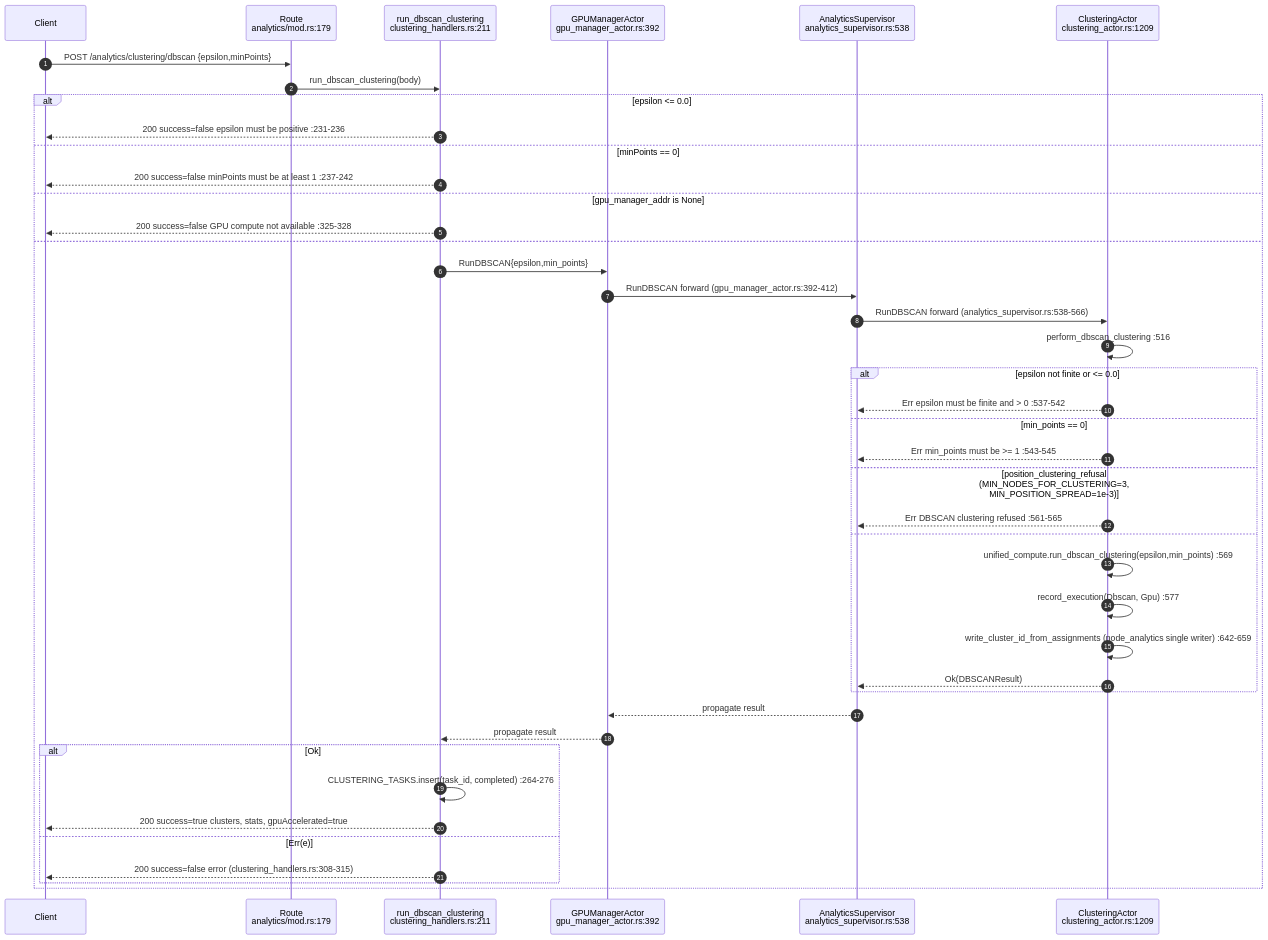
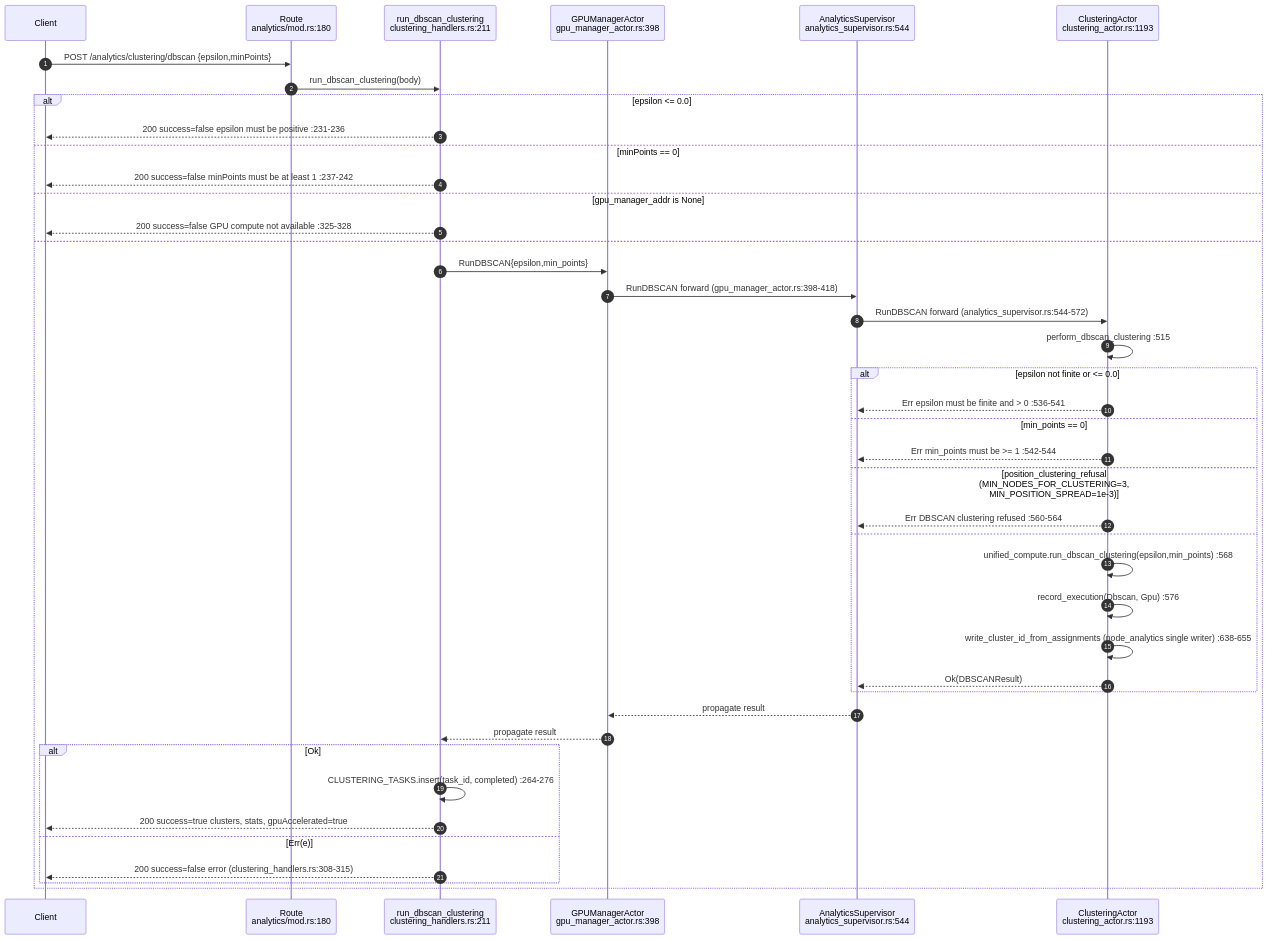
One commit to DreamLab-AI/VisionFlow changed the second of 12 diagrams in docs/diagrams/visionclaw/15-gpu-analytics.md. Above: the diagram before and after it, drawn with Mermaid. The commit also changed other lines of this file and 160 other files, not shown here.

````diff
--- a/docs/diagrams/visionclaw/15-gpu-analytics.md
+++ b/docs/diagrams/visionclaw/15-gpu-analytics.md
@@ -111,45 +111,45 @@
 ```mermaid
 sequenceDiagram
     autonumber
     participant C as Client
-    participant RT as Route<br/>analytics/mod.rs:179
+    participant RT as Route<br/>analytics/mod.rs:180
     participant RD as run_dbscan_clustering<br/>clustering_handlers.rs:211
-    participant GM as GPUManagerActor<br/>gpu_manager_actor.rs:392
-    participant AS as AnalyticsSupervisor<br/>analytics_supervisor.rs:538
-    participant CA as ClusteringActor<br/>clustering_actor.rs:1209
+    participant GM as GPUManagerActor<br/>gpu_manager_actor.rs:398
+    participant AS as AnalyticsSupervisor<br/>analytics_supervisor.rs:544
+    participant CA as ClusteringActor<br/>clustering_actor.rs:1193
 
     C->>RT: POST /analytics/clustering/dbscan {epsilon,minPoints}
     RT->>RD: run_dbscan_clustering(body)
     alt epsilon <= 0.0
         RD-->>C: 200 success=false epsilon must be positive :231-236
     else minPoints == 0
         RD-->>C: 200 success=false minPoints must be at least 1 :237-242
     else gpu_manager_addr is None
         RD-->>C: 200 success=false GPU compute not available :325-328
     else
         RD->>GM: RunDBSCAN{epsilon,min_points}
-        GM->>AS: RunDBSCAN forward (gpu_manager_actor.rs:392-412)
-        AS->>CA: RunDBSCAN forward (analytics_supervisor.rs:538-566)
-        CA->>CA: perform_dbscan_clustering :516
+        GM->>AS: RunDBSCAN forward (gpu_manager_actor.rs:398-418)
+        AS->>CA: RunDBSCAN forward (analytics_supervisor.rs:544-572)
+        CA->>CA: perform_dbscan_clustering :515
         alt epsilon not finite or <= 0.0
-            CA-->>AS: Err epsilon must be finite and > 0 :537-542
+            CA-->>AS: Err epsilon must be finite and > 0 :536-541
         else min_points == 0
-            CA-->>AS: Err min_points must be >= 1 :543-545
+            CA-->>AS: Err min_points must be >= 1 :542-544
         else position_clustering_refusal (MIN_NODES_FOR_CLUSTERING=3, MIN_POSITION_SPREAD=1e-3)
-            CA-->>AS: Err DBSCAN clustering refused :561-565
+            CA-->>AS: Err DBSCAN clustering refused :560-564
         else
-            CA->>CA: unified_compute.run_dbscan_clustering(epsilon,min_points) :569
-            CA->>CA: record_execution(Dbscan, Gpu) :577
-            CA->>CA: write_cluster_id_from_assignments (node_analytics single writer) :642-659
+            CA->>CA: unified_compute.run_dbscan_clustering(epsilon,min_points) :568
+            CA->>CA: record_execution(Dbscan, Gpu) :576
+            CA->>CA: write_cluster_id_from_assignments (node_analytics single writer) :638-655
             CA-->>AS: Ok(DBSCANResult)
         end
         AS-->>GM: propagate result
         GM-->>RD: propagate result
         alt Ok
             RD->>RD: CLUSTERING_TASKS.insert(task_id, completed) :264-276
             RD-->>C: 200 success=true clusters, stats, gpuAccelerated=true
         else Err(e)
             RD-->>C: 200 success=false error (clustering_handlers.rs:308-315)
         end
     end
 ```
````
